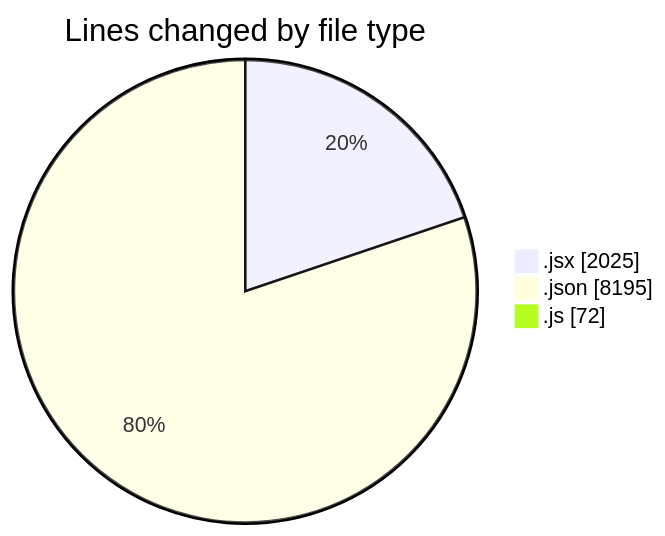
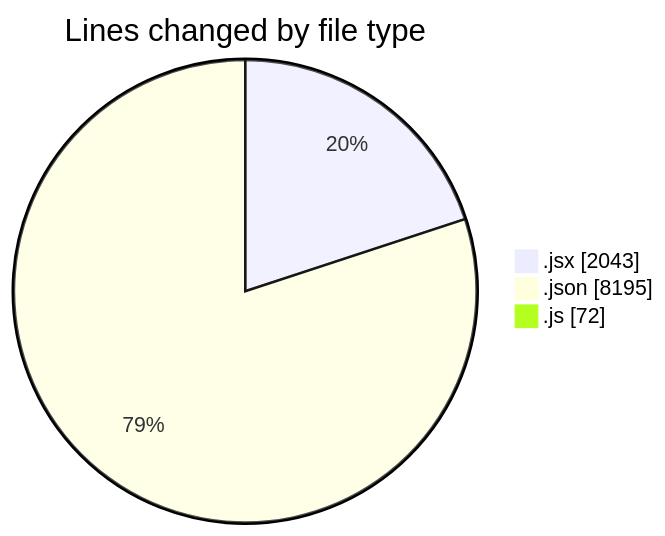
One commit to nxtqubesakshisongat/code-tracking changed the first of 2 diagrams in 2025-12-23/nxtqube_webapp/README.md. Above: the diagram before and after it, drawn with Mermaid. The commit also changed other lines of this file and 1 other file, not shown here.

````diff
--- a/2025-12-23/nxtqube_webapp/README.md
+++ b/2025-12-23/nxtqube_webapp/README.md
@@ -23,7 +23,7 @@
 ```mermaid
 pie showData
 title Lines changed by file type
-".jsx" : 2025
+".jsx" : 2043
 ".json" : 8195
 ".js" : 72
 ```
````
